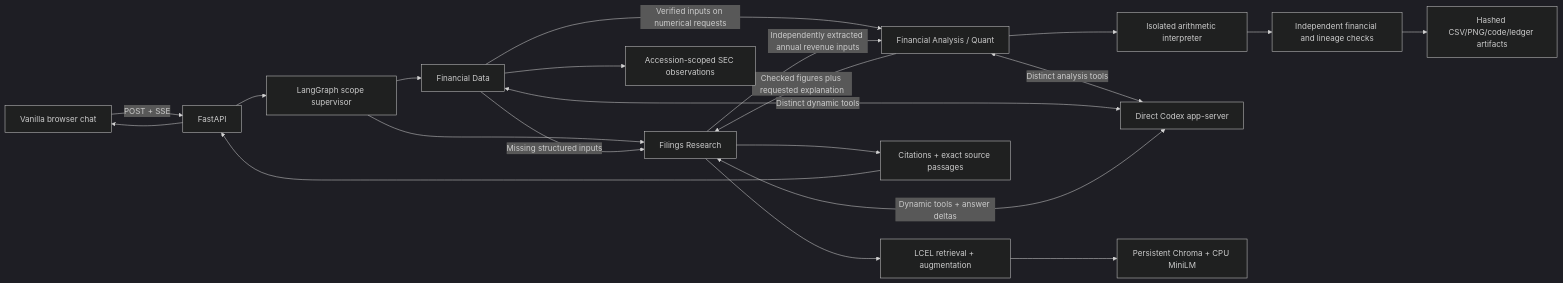
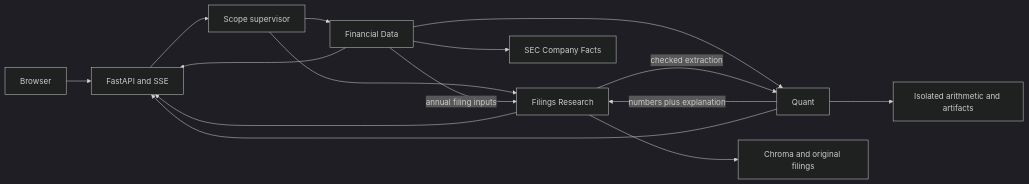
One commit to waderylan/quant-agent-orchestration changed the diagram in docs/architecture.md. Above: the diagram before and after it, drawn with Mermaid (dark theme). The commit also changed other lines of this file and 119 other files, not shown here.

````diff
--- a/docs/architecture.md
+++ b/docs/architecture.md
@@ -10,23 +5,17 @@
 ```mermaid
 flowchart LR
-    UI[Vanilla browser chat] -->|POST + SSE| API[FastAPI]
-    API --> S[LangGraph scope supervisor]
-    S --> R[Filings Research]
-    S --> D[Financial Data]
-    D --> F[Accession-scoped SEC observations]
-    D -->|Verified inputs on numerical requests| Q[Financial Analysis / Quant]
-    D -->|Missing structured inputs| R
-    R -->|Independently extracted annual revenue inputs| Q
-    Q --> X[Isolated arithmetic interpreter]
-    Q -->|Checked figures plus requested explanation| R
-    X --> N[Independent financial and lineage checks]
-    N --> A[Hashed CSV/PNG/code/ledger artifacts]
-    Q <-->|Distinct analysis tools| CX
-    D <-->|Distinct dynamic tools| CX
-    R --> LC[LCEL retrieval + augmentation]
-    LC --> V[Persistent Chroma + CPU MiniLM]
-    R <-->|Dynamic tools + answer deltas| CX[Direct Codex app-server]
-    R --> C[Citations + exact source passages]
-    C --> API
-    API --> UI
+  UI[Browser] --> API[FastAPI and SSE]
+  API --> S[Scope supervisor]
+  S --> R[Filings Research]
+  S --> D[Financial Data]
+  D --> Q[Quant]
+  D -->|annual filing inputs| R
+  R -->|checked extraction| Q
+  Q -->|numbers plus explanation| R
+  R --> V[Chroma and original filings]
+  D --> F[SEC Company Facts]
+  Q --> A[Isolated arithmetic and artifacts]
+  R --> API
+  D --> API
+  Q --> API
 ```
````
